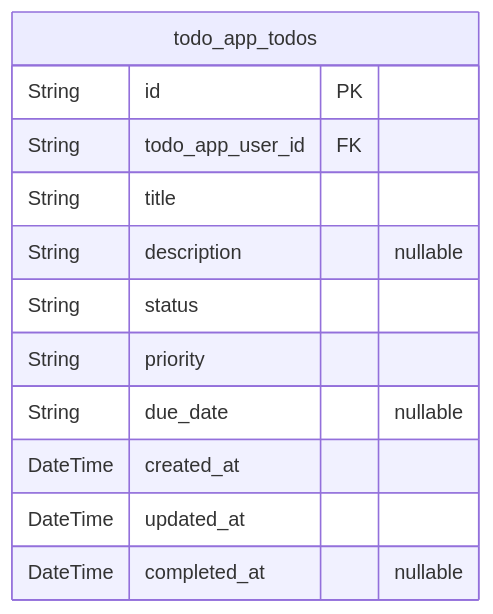
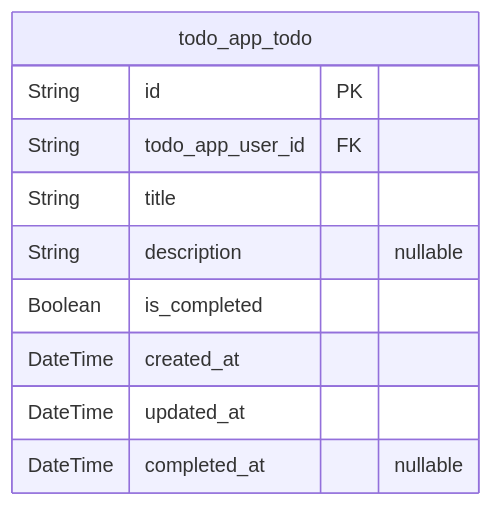
Before and after one commit to wrtnlabs/autobe-examples: the third of 4 diagrams in anthropic/claude-haiku-4.5/todo/docs/ERD.md, drawn with Mermaid. The commit also changed other lines of this file and 22498 other files, not shown here.

````diff
--- a/anthropic/claude-haiku-4.5/todo/docs/ERD.md
+++ b/anthropic/claude-haiku-4.5/todo/docs/ERD.md
@@ -257,15 +283,13 @@
 ```mermaid
 erDiagram
-"todo_app_todos" {
+"todo_app_todo" {
   String id PK
   String todo_app_user_id FK
   String title
   String description "nullable"
-  String status
-  String priority
-  String due_date "nullable"
+  Boolean is_completed
   DateTime created_at
   DateTime updated_at
   DateTime completed_at "nullable"
 }
 ```
````
